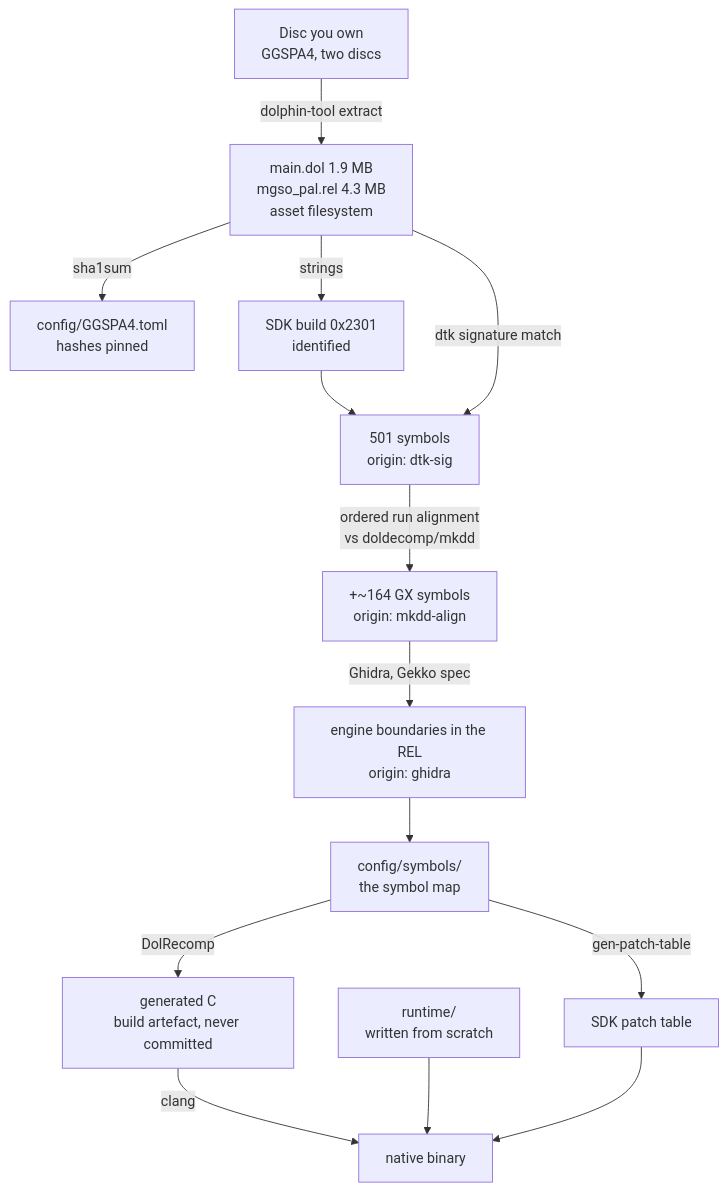
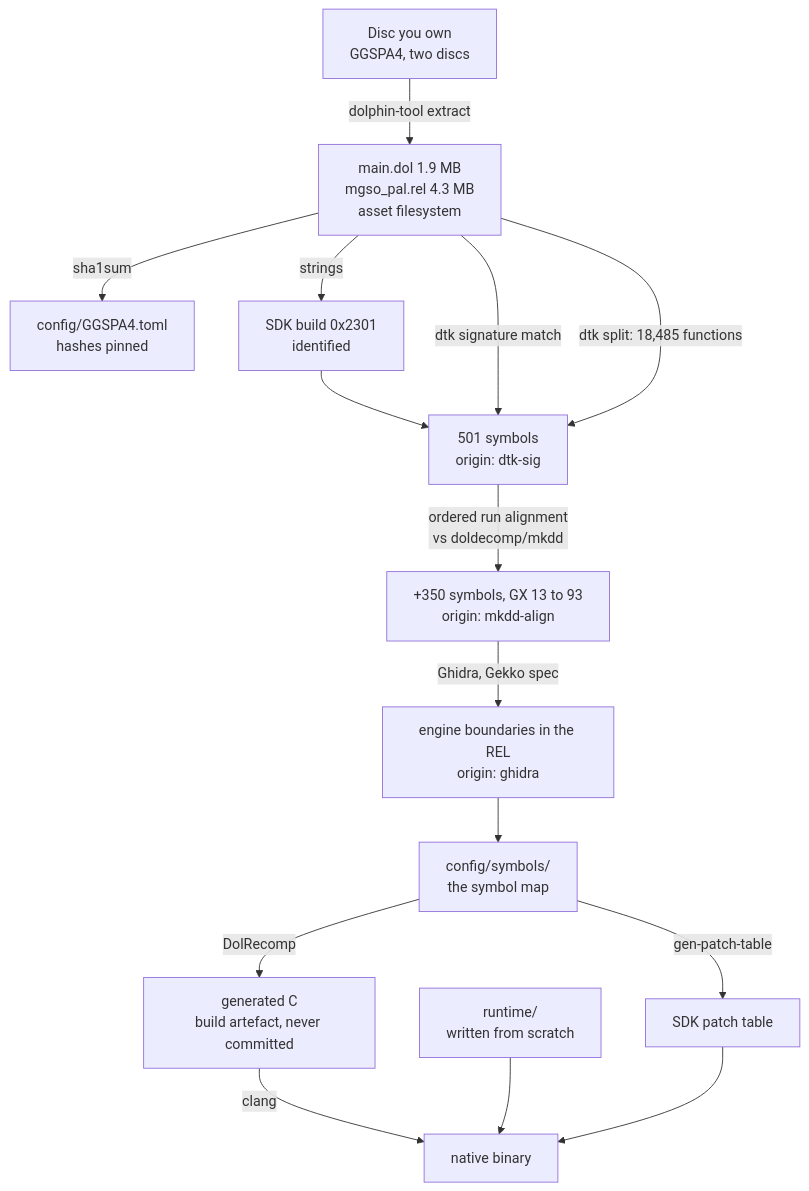
The diagram in docs/decompilation-process.md (alphanu1/msg-twinsnakes-recomp), drawn with Mermaid before and after one commit. The commit also changed other lines of this file and 4 other files, not shown here.

````diff
--- a/docs/decompilation-process.md
+++ b/docs/decompilation-process.md
@@ -19,15 +19,16 @@
 ```mermaid
 flowchart TD
     A["Disc you own<br/>GGSPA4, two discs"] -->|dolphin-tool extract| B["main.dol 1.9 MB<br/>mgso_pal.rel 4.3 MB<br/>asset filesystem"]
     B -->|sha1sum| C["config/GGSPA4.toml<br/>hashes pinned"]
     B -->|strings| D["SDK build 0x2301<br/>identified"]
     D --> E
     B -->|dtk signature match| E["501 symbols<br/>origin: dtk-sig"]
-    E -->|ordered run alignment<br/>vs doldecomp/mkdd| F["+~164 GX symbols<br/>origin: mkdd-align"]
+    B -->|dtk split: 18,485 functions| E
+    E -->|ordered run alignment<br/>vs doldecomp/mkdd| F["+350 symbols, GX 13 to 93<br/>origin: mkdd-align"]
     F -->|Ghidra, Gekko spec| G["engine boundaries in the REL<br/>origin: ghidra"]
     G --> H["config/symbols/<br/>the symbol map"]
     H -->|DolRecomp| I["generated C<br/>build artefact, never committed"]
     I -->|clang| J["native binary"]
     K["runtime/<br/>written from scratch"] --> J
     H -->|gen-patch-table| L["SDK patch table"] --> J
 ```
````
